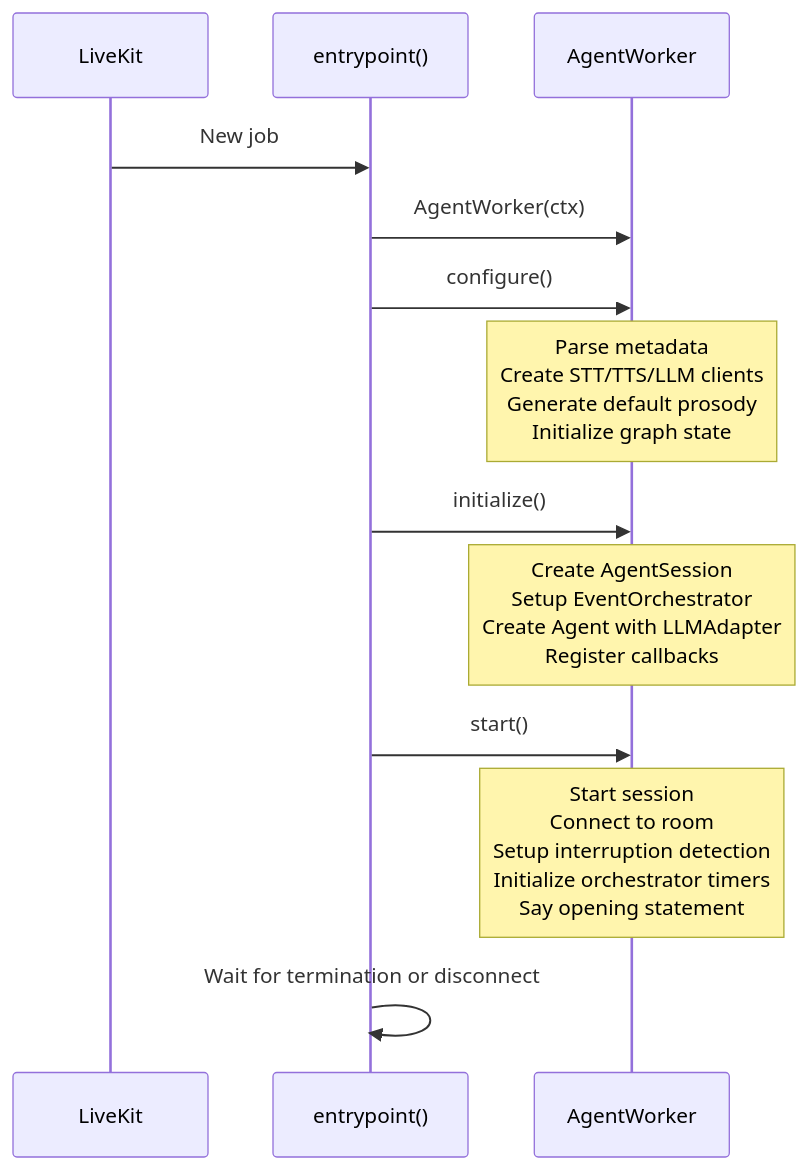
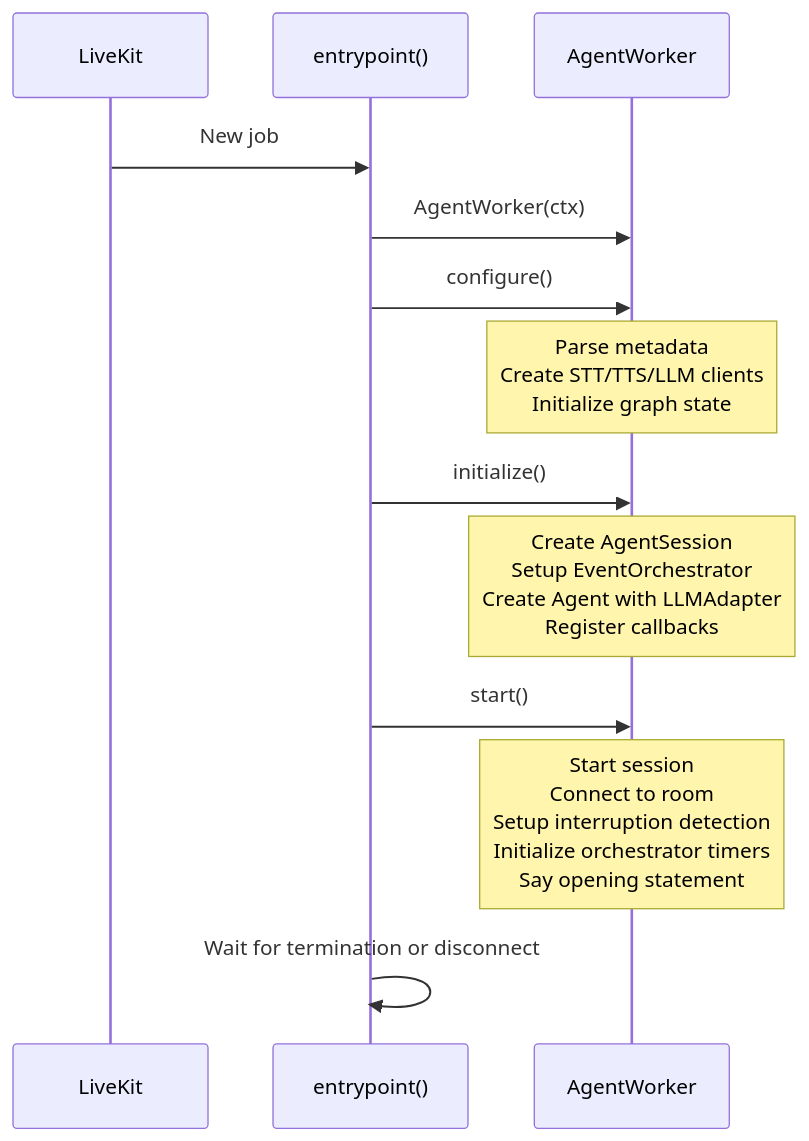
Before and after one commit to HelloAllyTech/ally-platform: the first of 2 diagrams in docs/01-worker-lifecycle.md, drawn with Mermaid. The commit also changed other lines of this file and 40 other files, not shown here.

````diff
--- a/docs/01-worker-lifecycle.md
+++ b/docs/01-worker-lifecycle.md
@@ -15,16 +15,16 @@
 ```mermaid
 sequenceDiagram
     participant LK as LiveKit
     participant EP as entrypoint()
     participant W as AgentWorker
 
     LK->>EP: New job
     EP->>W: AgentWorker(ctx)
     EP->>W: configure()
-    Note over W: Parse metadata<br/>Create STT/TTS/LLM clients<br/>Generate default prosody<br/>Initialize graph state
+    Note over W: Parse metadata<br/>Create STT/TTS/LLM clients<br/>Initialize graph state
     EP->>W: initialize()
     Note over W: Create AgentSession<br/>Setup EventOrchestrator<br/>Create Agent with LLMAdapter<br/>Register callbacks
     EP->>W: start()
     Note over W: Start session<br/>Connect to room<br/>Setup interruption detection<br/>Initialize orchestrator timers<br/>Say opening statement
     EP->>EP: Wait for termination or disconnect
 ```
````
